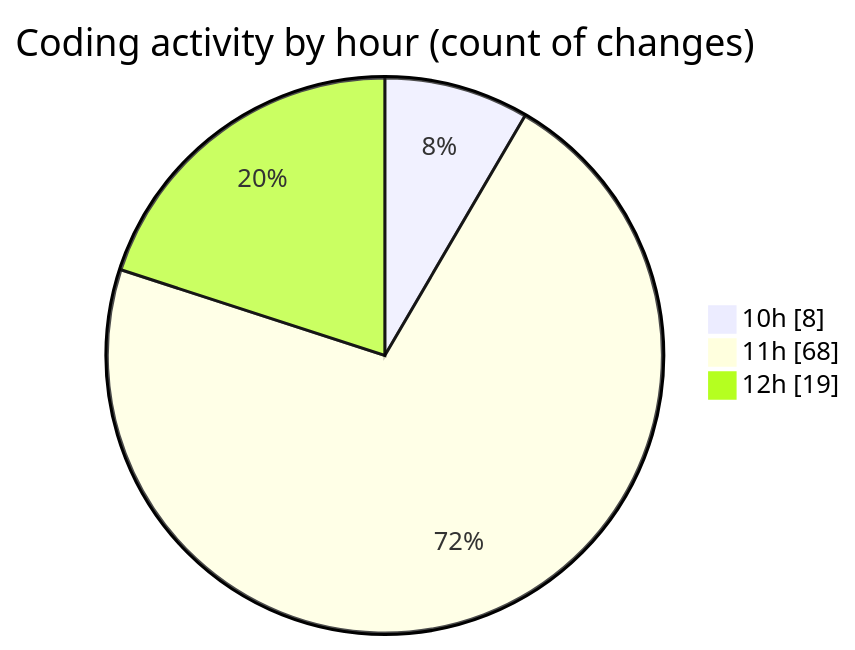
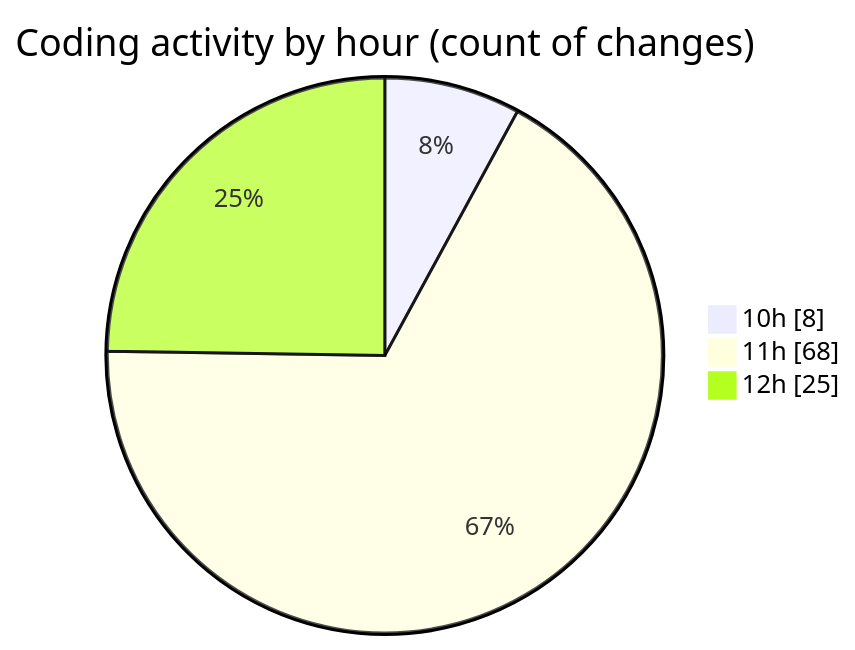
One commit to nxtqubesakshisongat/code-tracking changed the second of 2 diagrams in 2025-08-22/nxtqube_webapp/README.md. Above: the diagram before and after it, drawn with Mermaid. The commit also changed other lines of this file and 1 other file, not shown here.

````diff
--- a/2025-08-22/nxtqube_webapp/README.md
+++ b/2025-08-22/nxtqube_webapp/README.md
@@ -28,7 +28,7 @@
 ```mermaid
 pie showData
 title Coding activity by hour (count of changes)
 "10h" : 8
 "11h" : 68
-"12h" : 19
+"12h" : 25
 ```
````
